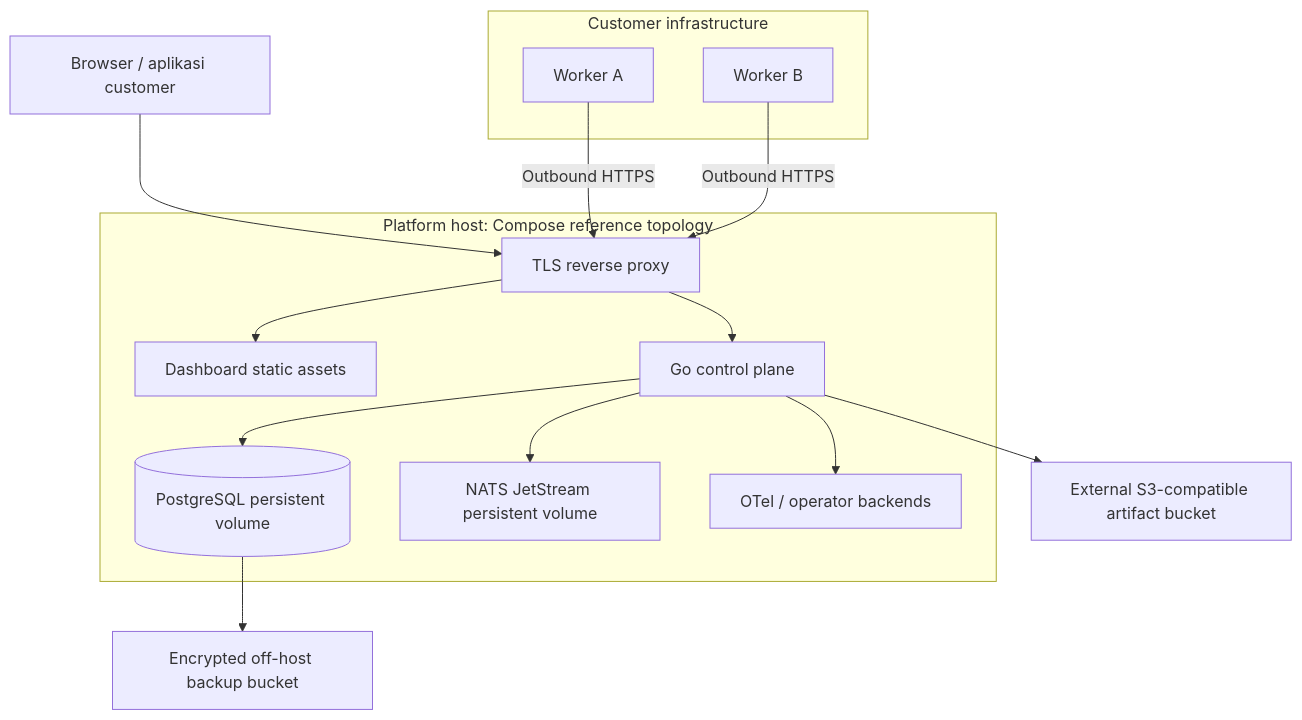
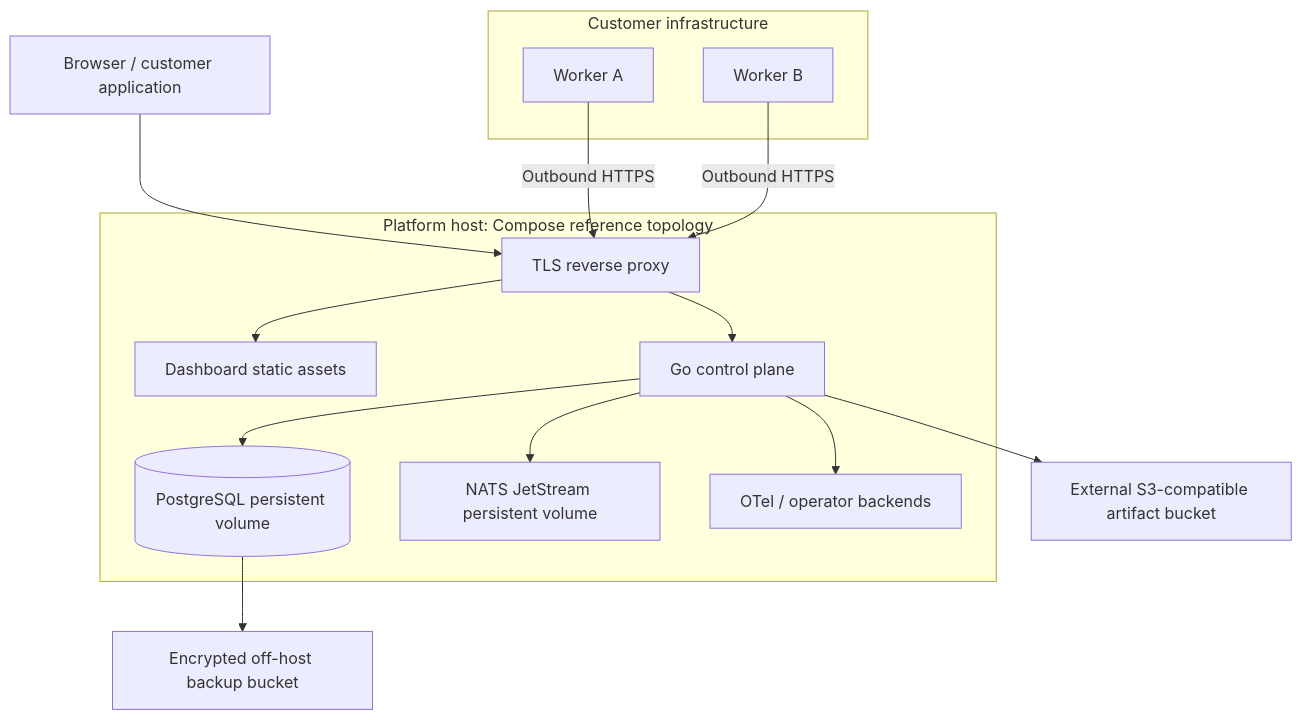
Before and after one commit to Ryanakml/Deadbolt: the ninth of 10 diagrams in raw_idea_plan.md, drawn with Mermaid. The commit also changed other lines of this file and 1 other file, not shown here.

````diff
--- a/raw_idea_plan.md
+++ b/raw_idea_plan.md
@@ -1059,17 +1093,17 @@
 ```mermaid
 flowchart TB
-    Internet[Browser / aplikasi customer] --> Proxy[TLS reverse proxy]
+    Internet[Browser / customer application] --> Proxy[TLS reverse proxy]
     subgraph Platform[Platform host: Compose reference topology]
       Proxy --> Web[Dashboard static assets]
       Proxy --> CP[Go control plane]
       CP --> PG[(PostgreSQL persistent volume)]
       CP --> MQ[NATS JetStream persistent volume]
       CP --> Telemetry[OTel / operator backends]
     end
     CP --> S3[External S3-compatible artifact bucket]
     PG --> Backup[Encrypted off-host backup bucket]
     subgraph Customer[Customer infrastructure]
       WA[Worker A] -->|Outbound HTTPS| Proxy
       WB[Worker B] -->|Outbound HTTPS| Proxy
     end
 ```
````
